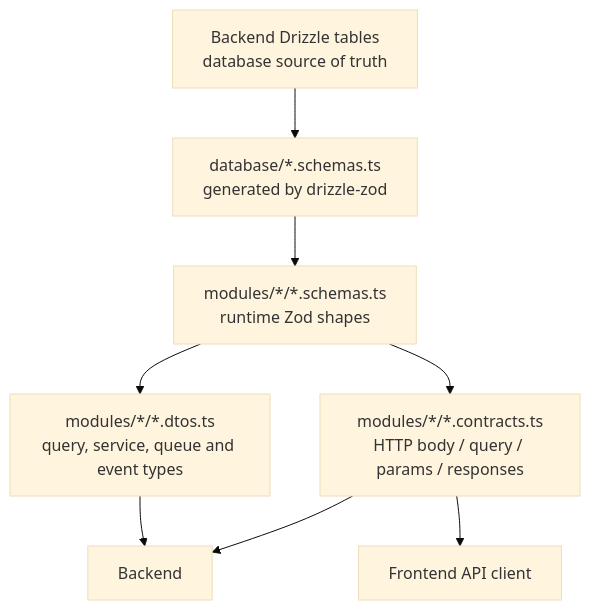
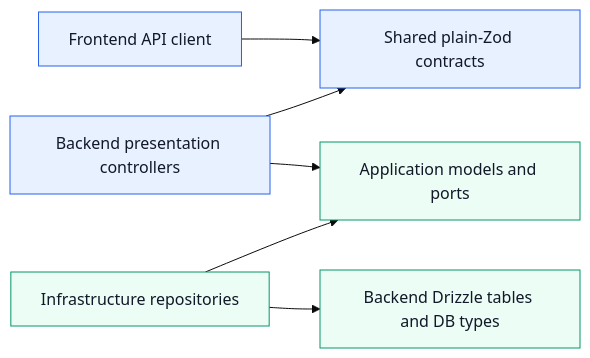
One commit to kobihanoch/Strong-Together-Backend changed the diagram in docs/drizzle-first-shared-package.md. Above: the diagram before and after it, drawn with Mermaid (base theme). The commit also changed other lines of this file and 12 other files, not shown here.

````diff
--- a/docs/drizzle-first-shared-package.md
+++ b/docs/drizzle-first-shared-package.md
@@ -7,18 +9,20 @@
 ```mermaid
-flowchart TD
-  D[Backend Drizzle tables<br/>database source of truth]
-  DB[database/*.schemas.ts<br/>generated by drizzle-zod]
-  Z[modules/*/*.schemas.ts<br/>runtime Zod shapes]
-  C[modules/*/*.contracts.ts<br/>HTTP body / query / params / responses]
-  T[modules/*/*.dtos.ts<br/>query, service, queue and event types]
-  B[Backend]
-  F[Frontend API client]
+flowchart LR
+  shared[Shared plain-Zod contracts]
+  frontend[Frontend API client]
+  controller[Backend presentation controllers]
+  app[Application models and ports]
+  repo[Infrastructure repositories]
+  drizzle[Backend Drizzle tables and DB types]
 
-  D --> DB
-  DB --> Z
-  Z --> C
-  Z --> T
-  C --> B
-  C --> F
-  T --> B
+  frontend --> shared
+  controller --> shared
+  controller --> app
+  repo --> app
+  repo --> drizzle
+
+  classDef public fill:#e8f1ff,stroke:#2563eb,color:#111827
+  classDef core fill:#ecfdf5,stroke:#059669,color:#111827
+  class shared,frontend,controller public
+  class app,repo,drizzle core
 ```
````
